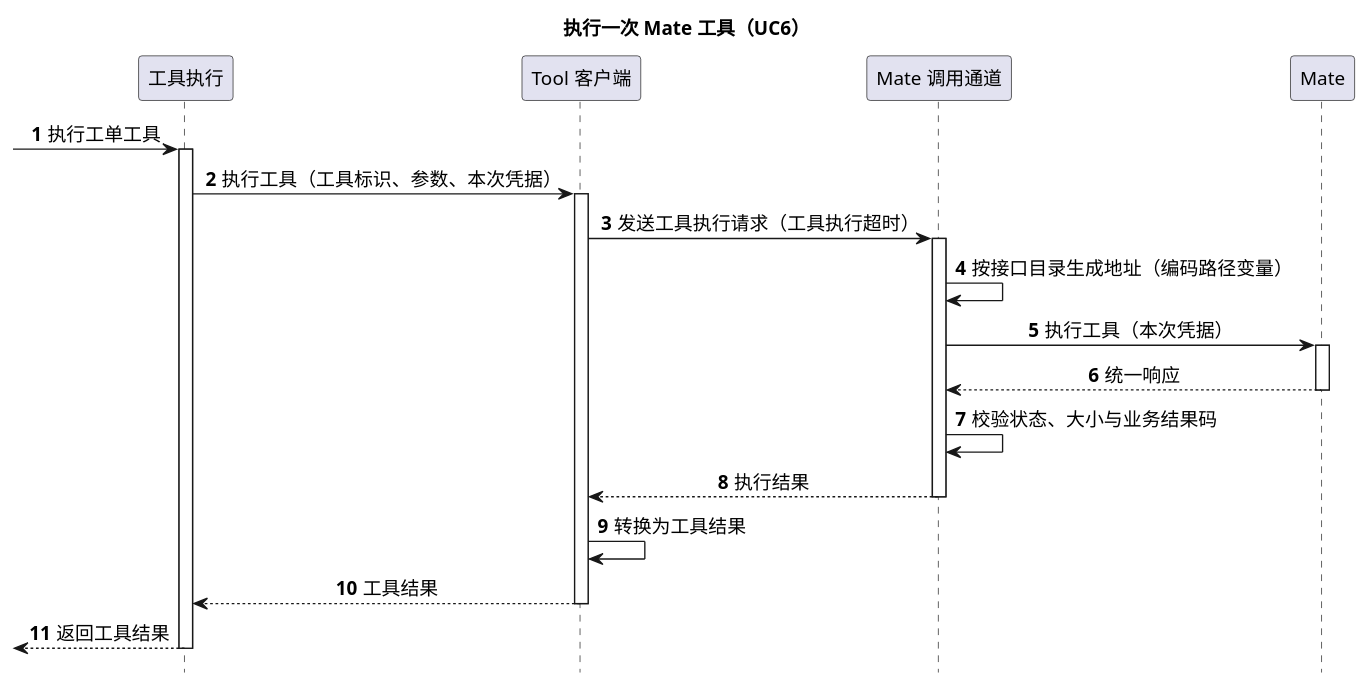
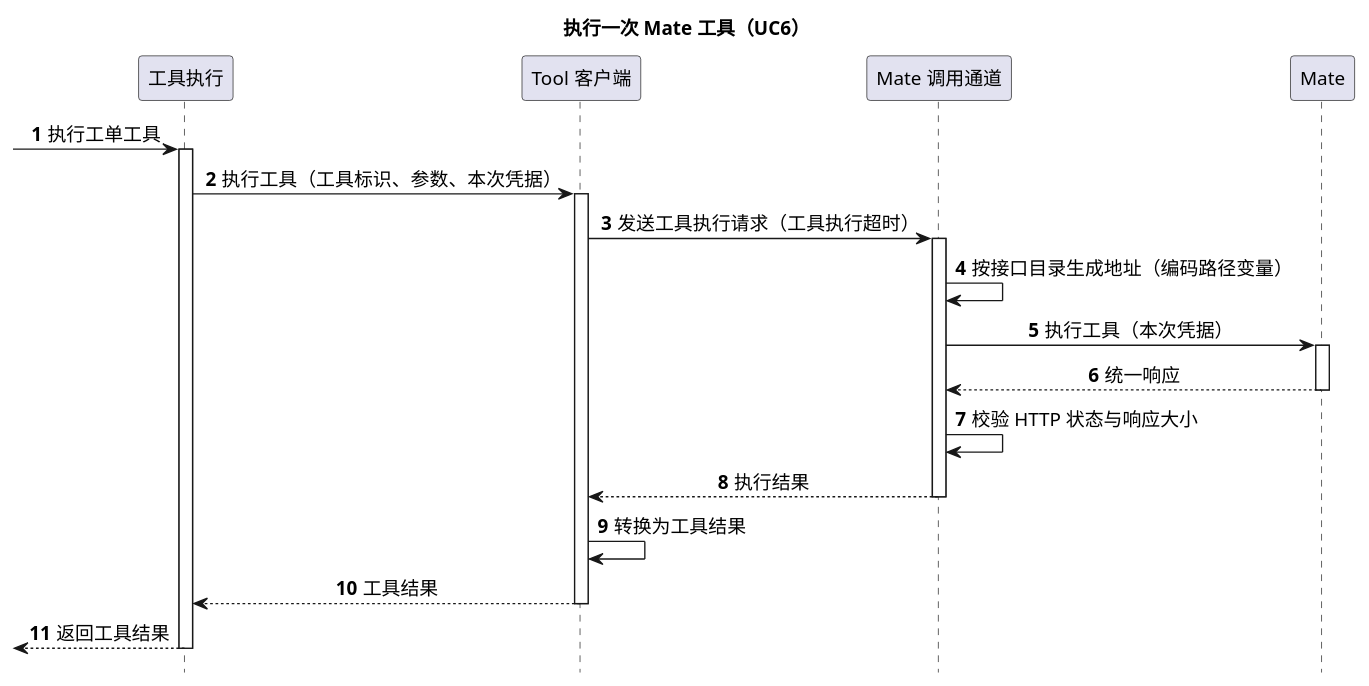
One commit to ssm0808/pi-mono-java-design changed the fourth of 4 diagrams in 02-服务与接口/02-CampusMate共享客户端配置/diagram.puml. Above: the diagram before and after it, drawn with PlantUML. The commit also changed other lines of this file and 4 other files, not shown here.

```diff
--- a/02-服务与接口/02-CampusMate共享客户端配置/diagram.puml
+++ b/02-服务与接口/02-CampusMate共享客户端配置/diagram.puml
@@ -242,29 +241,29 @@
 @startuml campusmate_short_request_sequence
 ' Java 基线：628dca25a694d9d056b15f012e1223d68091ab66；2026-10-21 拉取 main。
 ' 源码：modules/coding-agent-cli/src/main/java/com/campusclaw/codingagent/tool/mate/MateRemoteToolHandler.java callTool。
 ' 源码：modules/coding-agent-cli/src/main/java/com/campusclaw/codingagent/common/client/HttpMateToolClient.java invokeTool、toToolResult。
 ' 目标：待实现；HttpMateToolClient 改用 CampusMateHttpClient 发送，不再经过 MateRestUtil。
 ' 设计原因：超时、响应上限与失败判定只在通道生效，是本设计的独立边界，因此单列为参与者。
 title 执行一次 Mate 工具（UC6）
 hide footbox
 skinparam backgroundColor white
 skinparam defaultFontSize 14
 skinparam sequenceMessageAlign center
 autonumber
 participant "工具执行" as Exec
 participant "Tool 客户端" as ToolClient
 participant "Mate 调用通道" as Channel
 participant "Mate" as Mate
 [-> Exec ++ : 执行工单工具
 Exec -> ToolClient ++ : 执行工具（工具标识、参数、本次凭据）
 ToolClient -> Channel ++ : 发送工具执行请求（工具执行超时）
 Channel -> Channel : 按接口目录生成地址（编码路径变量）
 Channel -> Mate ++ : 执行工具（本次凭据）
 return 统一响应
-Channel -> Channel : 校验状态、大小与业务结果码
+Channel -> Channel : 校验 HTTP 状态与响应大小
 return 执行结果
 ToolClient -> ToolClient : 转换为工具结果
 return 工具结果
 [<-- Exec : 返回工具结果
 deactivate Exec
 @enduml
```
